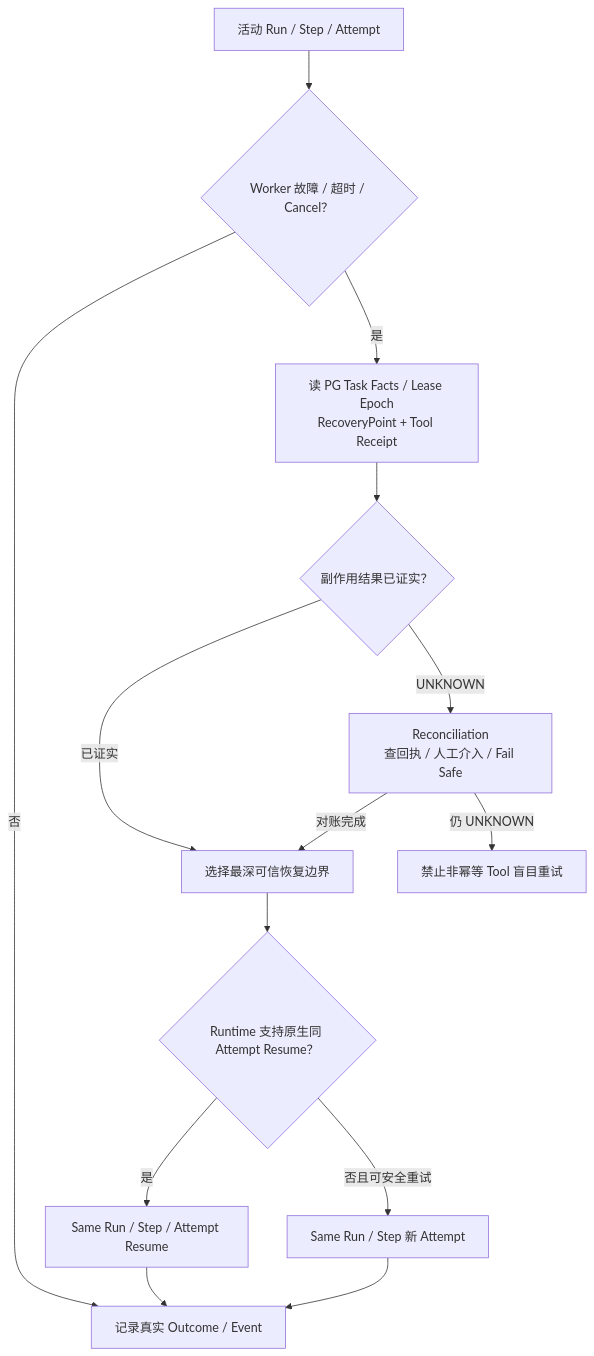
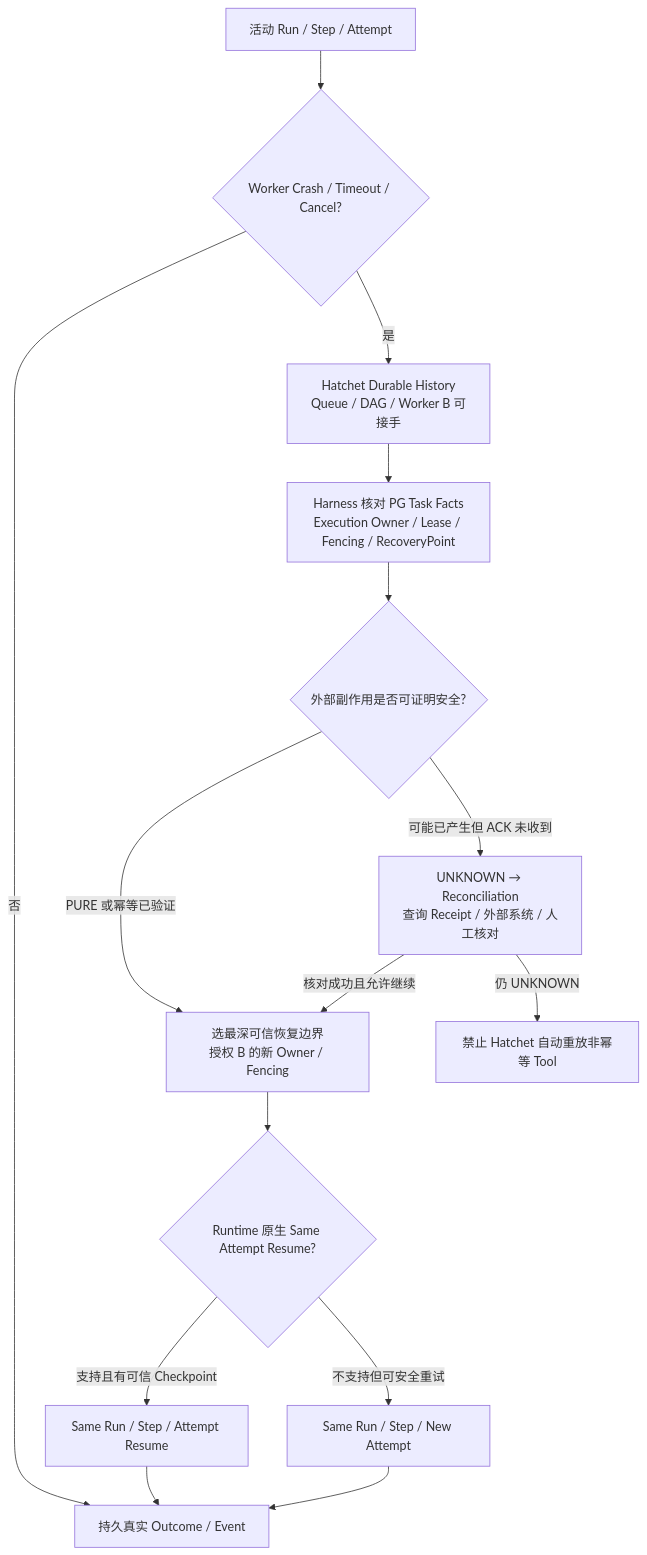
One commit to Bulls1986/Agent-Harness-Platform changed diagram 11 of 11 in README.md. Above: the diagram before and after it, drawn with Mermaid. The commit also changed other lines of this file and 19 other files, not shown here.

First line of the commit message:
architecture(harness): adopt Hatchet Durable SPI baseline, reject DBOS

````diff
--- a/README.md
+++ b/README.md
@@ -485,16 +509,17 @@
 ```mermaid
 flowchart TB
-  RUN["活动 Run / Step / Attempt"] --> FAIL{"Worker 故障 / 超时 / Cancel？"}
-  FAIL -->|"否"| DONE["记录真实 Outcome / Event"]
-  FAIL -->|"是"| CHECK["读 PG Task Facts / Lease Epoch\nRecoveryPoint + Tool Receipt"]
-  CHECK --> KNOW{"副作用结果已证实？"}
-  KNOW -->|"已证实"| SAFE["选择最深可信恢复边界"]
-  SAFE --> CAP{"Runtime 支持原生同 Attempt Resume？"}
-  CAP -->|"是"| RES["Same Run / Step / Attempt Resume"]
-  CAP -->|"否且可安全重试"| RET["Same Run / Step 新 Attempt"]
-  KNOW -->|"UNKNOWN"| REC["Reconciliation\n查回执 / 人工介入 / Fail Safe"]
-  REC -->|"对账完成"| SAFE
-  REC -->|"仍 UNKNOWN"| HOLD["禁止非幂等 Tool 盲目重试"]
+  RUN["活动 Run / Step / Attempt"] --> FAIL{"Worker Crash / Timeout / Cancel?"}
+  FAIL -->|"否"| DONE["持久真实 Outcome / Event"]
+  FAIL -->|"是"| ENGINE["Hatchet Durable History\nQueue / DAG / Worker B 可接手"]
+  ENGINE --> CHECK["Harness 核对 PG Task Facts\nExecution Owner / Lease / Fencing / RecoveryPoint"]
+  CHECK --> KNOW{"外部副作用是否可证明安全?"}
+  KNOW -->|"PURE 或幂等已验证"| SAFE["选最深可信恢复边界\n授权 B 的新 Owner / Fencing"]
+  KNOW -->|"可能已产生但 ACK 未收到"| REC["UNKNOWN → Reconciliation\n查询 Receipt / 外部系统 / 人工核对"]
+  REC -->|"核对成功且允许继续"| SAFE
+  REC -->|"仍 UNKNOWN"| HOLD["禁止 Hatchet 自动重放非幂等 Tool"]
+  SAFE --> CAP{"Runtime 原生 Same Attempt Resume?"}
+  CAP -->|"支持且有可信 Checkpoint"| RES["Same Run / Step / Attempt Resume"]
+  CAP -->|"不支持但可安全重试"| RET["Same Run / Step / New Attempt"]
   RES --> DONE
   RET --> DONE
 ```
````
